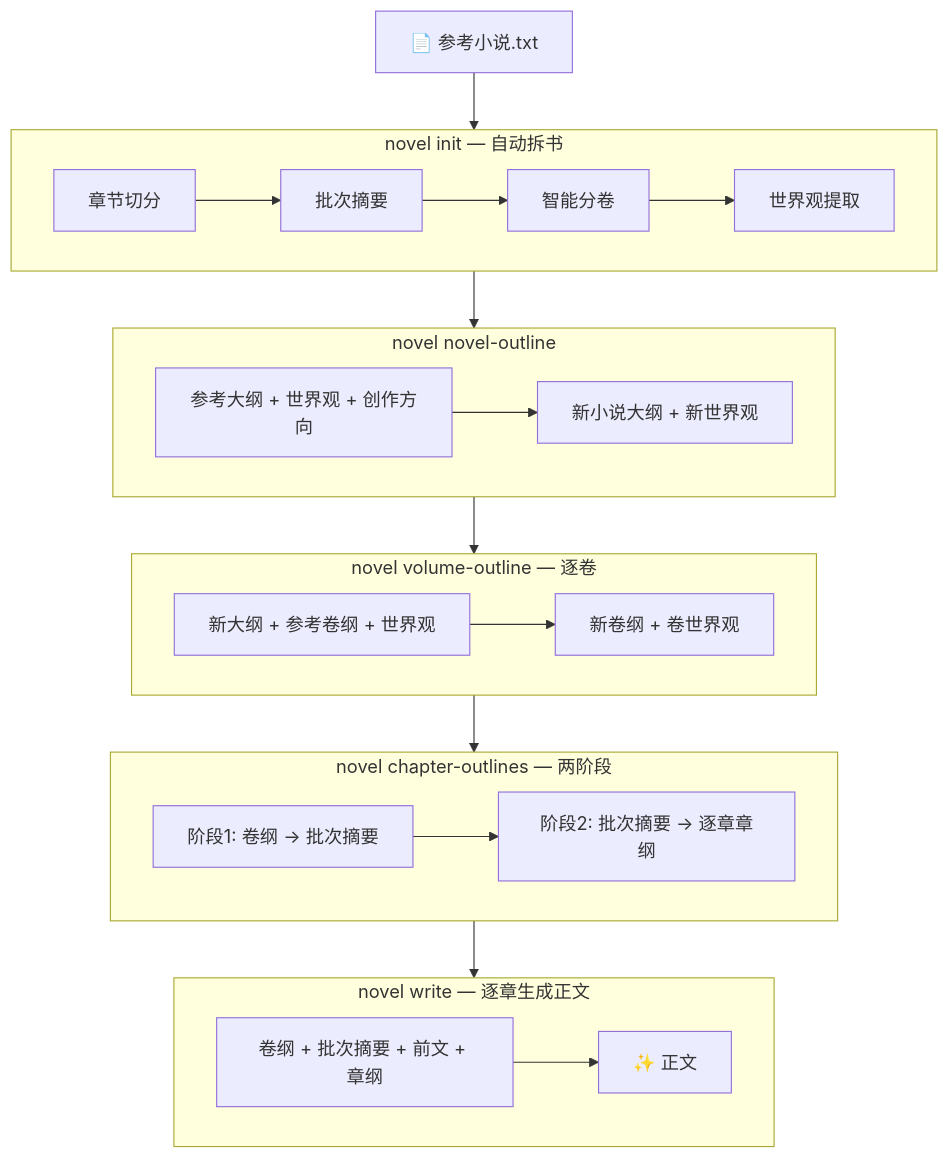
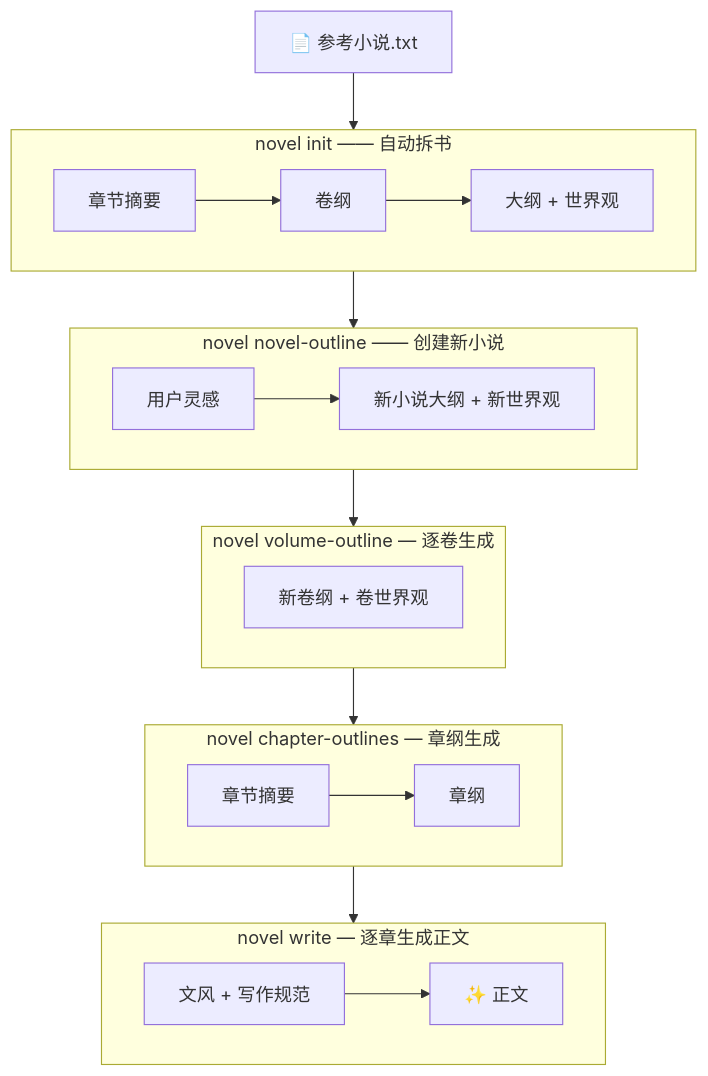
Before and after one commit to kkddyz-design/harnessNovel: the diagram in README.md, drawn with Mermaid.

Commit message:
add pipeline

````diff
--- a/README.md
+++ b/README.md
@@ -79,32 +79,32 @@
 ```mermaid
 flowchart TB
     A["📄 参考小说.txt"] --> B
 
-    subgraph B["novel init — 自动拆书"]
-        B1["章节切分"] --> B2["批次摘要"] --> B3["智能分卷"] --> B4["世界观提取"]
+    subgraph B["novel init —— 自动拆书"]
+        B1["章节摘要"] --> B2["卷纲"] --> B4["大纲 + 世界观"]
     end
 
     B --> C
 
-    subgraph C["novel novel-outline"]
-        C1["参考大纲 + 世界观 + 创作方向"] --> C2["新小说大纲 + 新世界观"]
+    subgraph C["novel novel-outline —— 创建新小说"]
+        C1["用户灵感"] --> C2["新小说大纲 + 新世界观"] 
     end
 
     C --> D
 
-    subgraph D["novel volume-outline — 逐卷"]
-        D1["新大纲 + 参考卷纲 + 世界观"] --> D2["新卷纲 + 卷世界观"]
+    subgraph D["novel volume-outline — 逐卷生成"]
+        D1["新卷纲 + 卷世界观"]
     end
 
     D --> E
 
-    subgraph E["novel chapter-outlines — 两阶段"]
-        E1["阶段1: 卷纲 → 批次摘要"] --> E2["阶段2: 批次摘要 → 逐章章纲"]
+    subgraph E["novel chapter-outlines — 章纲生成"]
+        E1["章节摘要"] --> E2["章纲"]
     end
 
     E --> F
 
     subgraph F["novel write — 逐章生成正文"]
-        F1["卷纲 + 批次摘要 + 前文 + 章纲"] --> F2["✨ 正文"]
+        F1["文风 + 写作规范"] --> F2["✨ 正文"]
     end
 ```
````
